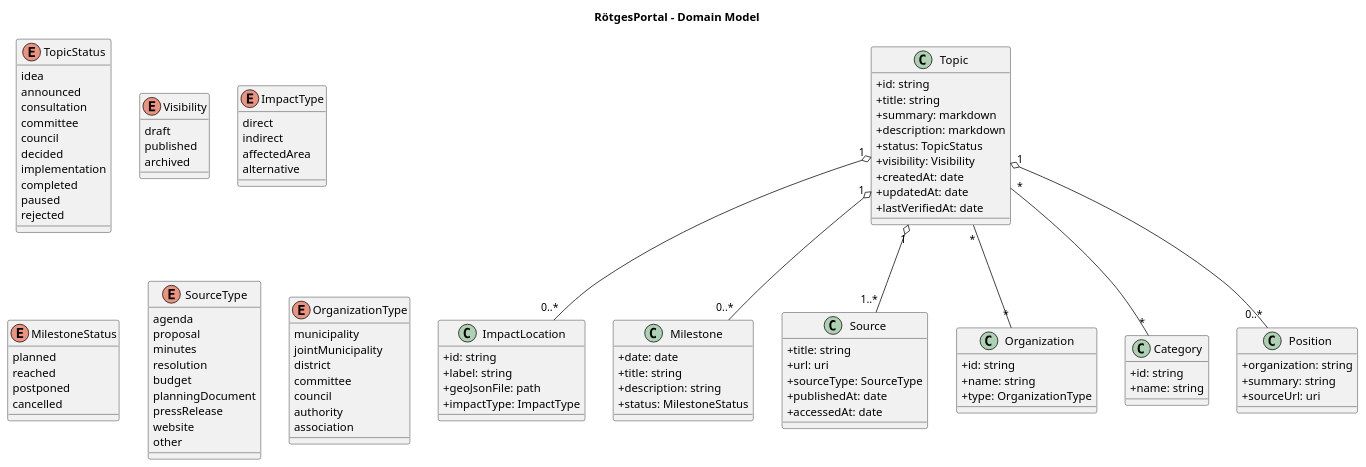
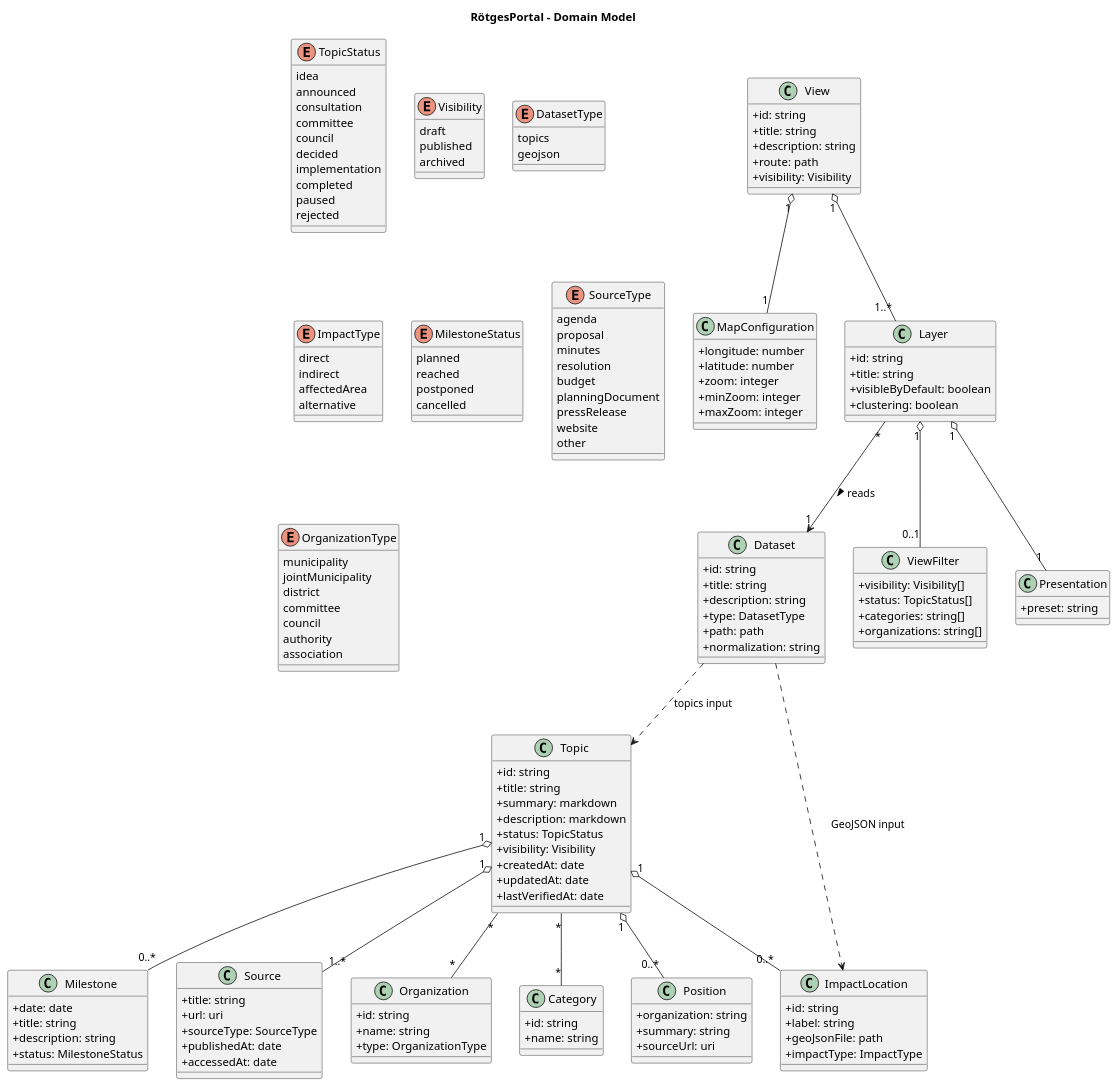
The diagram in docs/architecture/domain-model.puml (codeWithDEI/RoetgesPortal), drawn with PlantUML before and after one commit. The commit also changed 15 other files, not shown here.

```diff
--- a/docs/architecture/domain-model.puml
+++ b/docs/architecture/domain-model.puml
@@ -1,120 +1,175 @@
 @startuml
 title RötgesPortal – Domain Model
 
 skinparam classAttributeIconSize 0
 skinparam shadowing false
 
 class Topic {
   +id: string
   +title: string
   +summary: markdown
   +description: markdown
   +status: TopicStatus
   +visibility: Visibility
   +createdAt: date
   +updatedAt: date
   +lastVerifiedAt: date
 }
 
 enum TopicStatus {
   idea
   announced
   consultation
   committee
   council
   decided
   implementation
   completed
   paused
   rejected
 }
 
 enum Visibility {
   draft
   published
   archived
+}
+
+class Dataset {
+  +id: string
+  +title: string
+  +description: string
+  +type: DatasetType
+  +path: path
+  +normalization: string
+}
+
+enum DatasetType {
+  topics
+  geojson
+}
+
+class View {
+  +id: string
+  +title: string
+  +description: string
+  +route: path
+  +visibility: Visibility
+}
+
+class MapConfiguration {
+  +longitude: number
+  +latitude: number
+  +zoom: integer
+  +minZoom: integer
+  +maxZoom: integer
+}
+
+class Layer {
+  +id: string
+  +title: string
+  +visibleByDefault: boolean
+  +clustering: boolean
+}
+
+class ViewFilter {
+  +visibility: Visibility[]
+  +status: TopicStatus[]
+  +categories: string[]
+  +organizations: string[]
+}
+
+class Presentation {
+  +preset: string
 }
 
 class ImpactLocation {
   +id: string
   +label: string
   +geoJsonFile: path
   +impactType: ImpactType
 }
 
 enum ImpactType {
   direct
   indirect
   affectedArea
   alternative
 }
 
 class Milestone {
   +date: date
   +title: string
   +description: string
   +status: MilestoneStatus
 }
 
 enum MilestoneStatus {
   planned
   reached
   postponed
   cancelled
 }
 
 class Source {
   +title: string
   +url: uri
   +sourceType: SourceType
   +publishedAt: date
   +accessedAt: date
 }
 
 enum SourceType {
   agenda
   proposal
   minutes
   resolution
   budget
   planningDocument
   pressRelease
   website
   other
 }
 
 class Organization {
   +id: string
   +name: string
   +type: OrganizationType
 }
 
 enum OrganizationType {
   municipality
   jointMunicipality
   district
   committee
   council
   authority
   association
 }
 
 class Category {
   +id: string
   +name: string
 }
 
 class Position {
   +organization: string
   +summary: string
   +sourceUrl: uri
 }
 
 Topic "1" o-- "0..*" ImpactLocation
 Topic "1" o-- "0..*" Milestone
 Topic "1" o-- "1..*" Source
 Topic "*" -- "*" Organization
 Topic "*" -- "*" Category
 Topic "1" o-- "0..*" Position
+Dataset ..> Topic : topics input
+Dataset ..> ImpactLocation : GeoJSON input
+View "1" o-- "1..*" Layer
+View "1" o-- "1" MapConfiguration
+Layer "*" --> "1" Dataset : reads >
+Layer "1" o-- "0..1" ViewFilter
+Layer "1" o-- "1" Presentation
 
 @enduml
```
